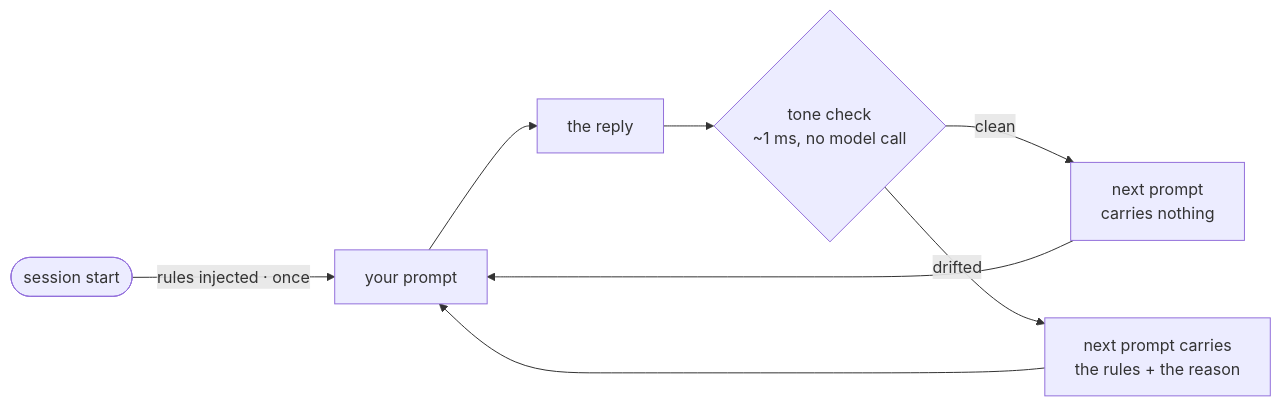
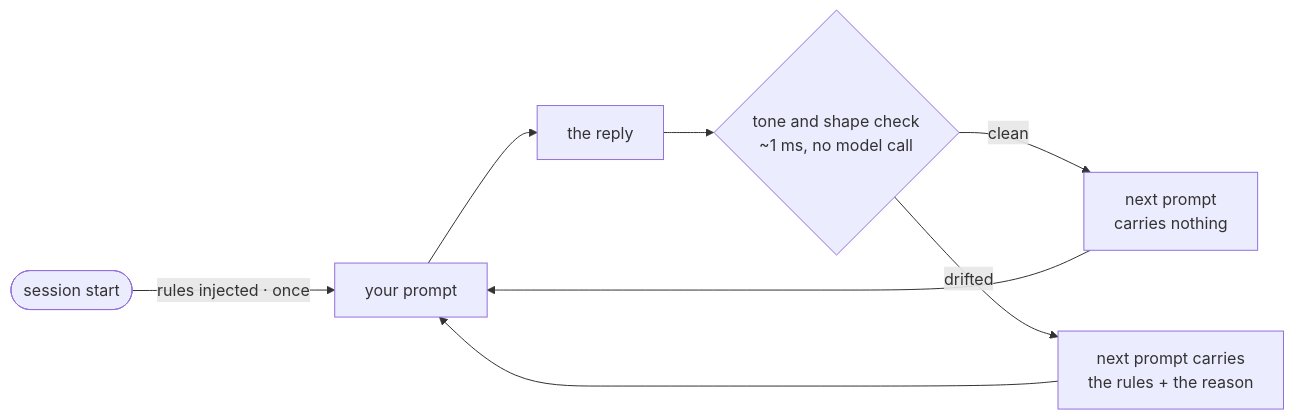
One commit to rnzsanchez/plain-speak changed the diagram in README.md. Above: the diagram before and after it, drawn with Mermaid. The commit also changed other lines of this file and 18 other files, not shown here.

````diff
--- a/README.md
+++ b/README.md
@@ -110,10 +113,10 @@
 ```mermaid
 flowchart LR
     S(["session start"]) -->|"rules injected · once"| P["your prompt"]
     P --> A["the reply"]
-    A --> C{"tone check<br/>~1 ms, no model call"}
+    A --> C{"tone and shape check<br/>~1 ms, no model call"}
     C -->|"clean"| N["next prompt<br/>carries nothing"]
     C -->|"drifted"| R["next prompt carries<br/>the rules + the reason"]
     N --> P
     R --> P
 ```
````
